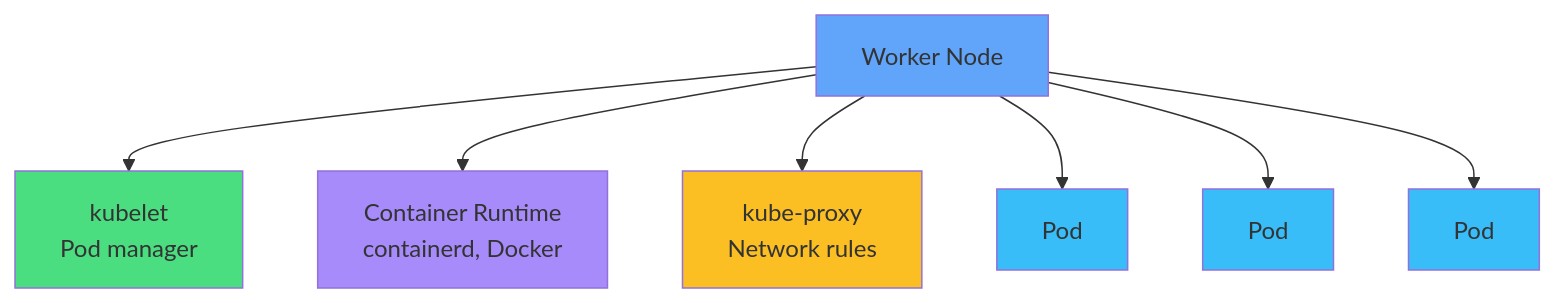
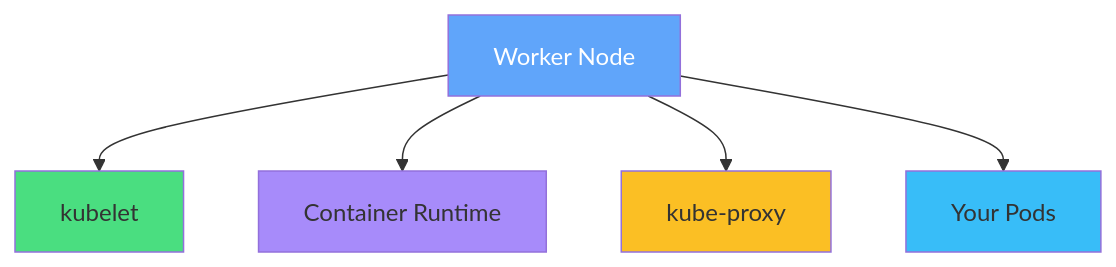
The fifth of 12 diagrams in slides/clusters/slides.md (courselabs/kubernetes), drawn with Mermaid before and after one commit. The commit also changed other lines of this file and 7 other files, not shown here.

````diff
--- a/slides/clusters/slides.md
+++ b/slides/clusters/slides.md
@@ -108,17 +212,13 @@
 ```mermaid
 graph TB
     W[Worker Node]
-    W --> K[kubelet<br/>Pod manager]
-    W --> CR[Container Runtime<br/>containerd, Docker]
-    W --> KP[kube-proxy<br/>Network rules]
-    W --> P1[Pod]
-    W --> P2[Pod]
-    W --> P3[Pod]
-    style W fill:#60a5fa
+    W --> K[kubelet]
+    W --> CR[Container Runtime]
+    W --> KP[kube-proxy]
+    W --> P[Your Pods]
+    style W fill:#60a5fa,color:#fff
     style K fill:#4ade80
     style CR fill:#a78bfa
     style KP fill:#fbbf24
-    style P1 fill:#38bdf8
-    style P2 fill:#38bdf8
-    style P3 fill:#38bdf8
+    style P fill:#38bdf8
 ```
````
